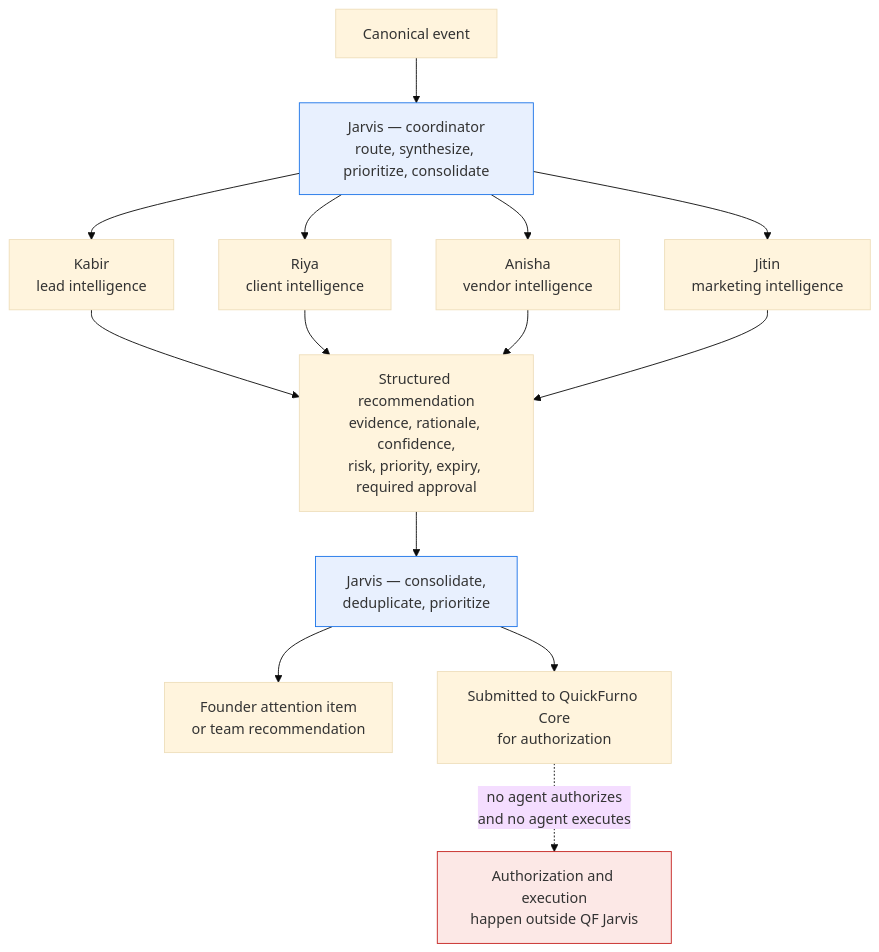
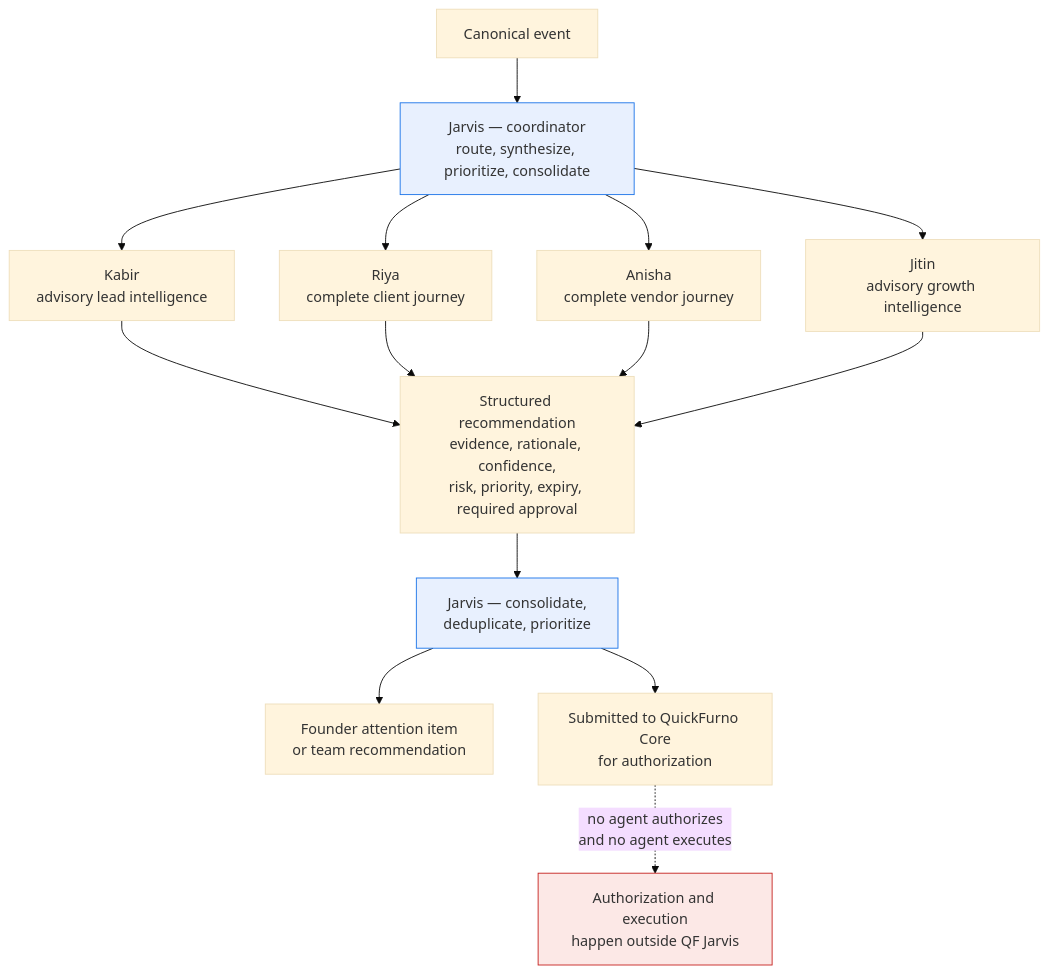
The diagram in docs/architecture/agent-model.md (quickfurno-maker/qf-jarvis), drawn with Mermaid (base theme) before and after one commit. The commit also changed other lines of this file and 109 other files, not shown here.

````diff
--- a/docs/architecture/agent-model.md
+++ b/docs/architecture/agent-model.md
@@ -225,24 +296,24 @@
 ```mermaid
 flowchart TB
     EV["Canonical event"] --> J["Jarvis — coordinator<br/>route, synthesize, prioritize, consolidate"]
 
-    J --> K["Kabir<br/>lead intelligence"]
-    J --> R["Riya<br/>client intelligence"]
-    J --> A["Anisha<br/>vendor intelligence"]
-    J --> JI["Jitin<br/>marketing intelligence"]
+    J --> K["Kabir<br/>advisory lead intelligence"]
+    J --> R["Riya<br/>complete client journey"]
+    J --> A["Anisha<br/>complete vendor journey"]
+    J --> JI["Jitin<br/>advisory growth intelligence"]
 
     K --> REC["Structured recommendation<br/>evidence, rationale, confidence,<br/>risk, priority, expiry, required approval"]
     R --> REC
     A --> REC
     JI --> REC
 
     REC --> J2["Jarvis — consolidate,<br/>deduplicate, prioritize"]
     J2 --> OUT["Founder attention item<br/>or team recommendation"]
     J2 --> SUB["Submitted to QuickFurno Core<br/>for authorization"]
 
     SUB -.->|"no agent authorizes<br/>and no agent executes"| STOP["Authorization and execution<br/>happen outside QF Jarvis"]
 
     style J fill:#e8f0fe,stroke:#1a73e8
     style J2 fill:#e8f0fe,stroke:#1a73e8
     style STOP fill:#fce8e6,stroke:#c5221f
 ```
````
